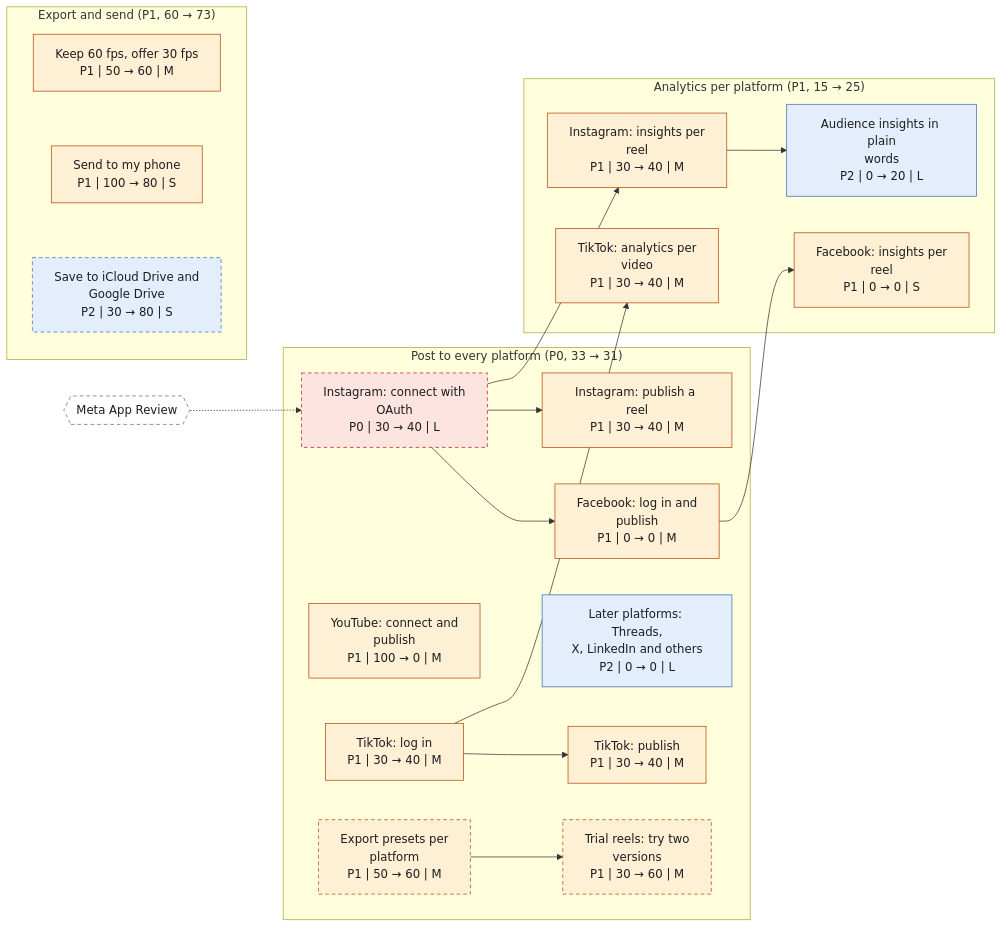
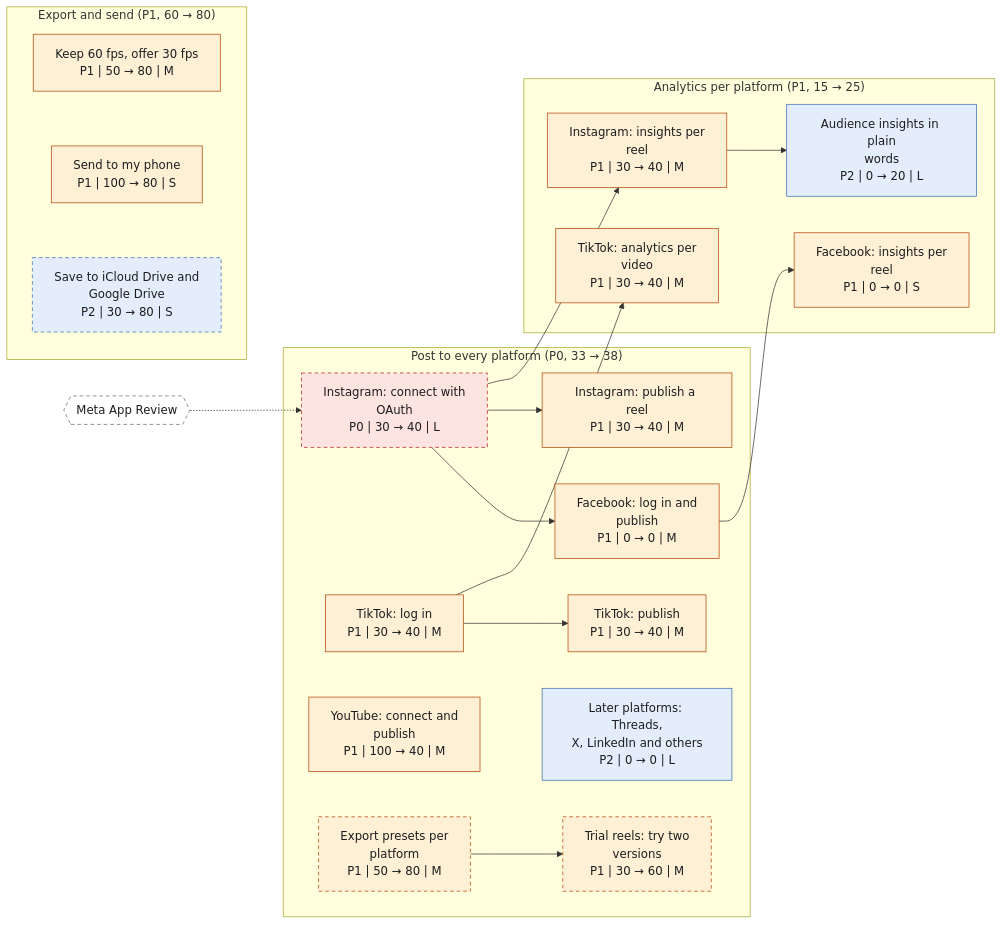
Before and after one commit to SamGu-NRX/reel-studio-app: the second of 8 diagrams in roadmap-graphs.md, drawn with Mermaid. The commit also changed other lines of this file and 6 other files, not shown here.

First line of the commit message:
docs: roadmap snapshot 2026-11-05, after the second overnight run

````diff
--- a/roadmap-graphs.md
+++ b/roadmap-graphs.md
@@ -90,50 +90,50 @@
 ```mermaid
 flowchart LR
-    subgraph n_multi_platform_g["Post to every platform (P0, 33 → 31)"]
+    subgraph n_multi_platform_g["Post to every platform (P0, 33 → 38)"]
         n_instagram_posting["Instagram: connect with<br/>OAuth<br/>P0 | 30 → 40 | L"]
         n_fb_publish["Facebook: log in and<br/>publish<br/>P1 | 0 → 0 | M"]
-        n_yt_publish["YouTube: connect and<br/>publish<br/>P1 | 100 → 0 | M"]
         n_ig_publish["Instagram: publish a reel<br/>P1 | 30 → 40 | M"]
         n_tt_login["TikTok: log in<br/>P1 | 30 → 40 | M"]
         n_tt_publish["TikTok: publish<br/>P1 | 30 → 40 | M"]
+        n_yt_publish["YouTube: connect and<br/>publish<br/>P1 | 100 → 40 | M"]
         n_trial_reels["Trial reels: try two<br/>versions<br/>P1 | 30 → 60 | M"]
-        n_pub_export_presets["Export presets per<br/>platform<br/>P1 | 50 → 60 | M"]
+        n_pub_export_presets["Export presets per<br/>platform<br/>P1 | 50 → 80 | M"]
         n_pub_later["Later platforms: Threads,<br/>X, LinkedIn and others<br/>P2 | 0 → 0 | L"]
     end
     subgraph n_analytics_g["Analytics per platform (P1, 15 → 25)"]
         n_fb_insights["Facebook: insights per<br/>reel<br/>P1 | 0 → 0 | S"]
         n_ig_insights["Instagram: insights per<br/>reel<br/>P1 | 30 → 40 | M"]
         n_tt_analytics["TikTok: analytics per<br/>video<br/>P1 | 30 → 40 | M"]
         n_audience_readout["Audience insights in plain<br/>words<br/>P2 | 0 → 20 | L"]
     end
-    subgraph n_ep_export_g["Export and send (P1, 60 → 73)"]
-        n_smooth_60fps["Keep 60 fps, offer 30 fps<br/>P1 | 50 → 60 | M"]
+    subgraph n_ep_export_g["Export and send (P1, 60 → 80)"]
+        n_smooth_60fps["Keep 60 fps, offer 30 fps<br/>P1 | 50 → 80 | M"]
         n_send_to_phone["Send to my phone<br/>P1 | 100 → 80 | S"]
         n_cloud_drives["Save to iCloud Drive and<br/>Google Drive<br/>P2 | 30 → 80 | S"]
     end
     xb0{{"Meta App Review"}} -.-> n_instagram_posting
     n_instagram_posting --> n_fb_publish
     n_instagram_posting --> n_ig_publish
     n_tt_login --> n_tt_publish
     n_pub_export_presets --> n_trial_reels
     n_fb_publish --> n_fb_insights
     n_instagram_posting --> n_ig_insights
     n_tt_login --> n_tt_analytics
     n_ig_insights --> n_audience_readout
     n_yt_publish ~~~ n_pub_later
     n_smooth_60fps ~~~ n_send_to_phone ~~~ n_cloud_drives
     classDef p0 fill:#fde4e1,stroke:#b42318,color:#1d1d1f
     classDef p1 fill:#fdf0d5,stroke:#b54708,color:#1d1d1f
     classDef p2 fill:#e3edfb,stroke:#3b6fb6,color:#1d1d1f
     classDef p3 fill:#eeeeef,stroke:#8a8a8f,color:#1d1d1f
     classDef dropped fill:#ffffff,stroke:#b0b0b5,color:#8a8a8f
     classDef outside fill:#ffffff,stroke:#b0b0b5,color:#6b6b70,stroke-dasharray:2 2
     classDef blocker fill:#ffffff,stroke:#6b6b70,color:#1d1d1f,stroke-dasharray:5 4
     classDef waits stroke-dasharray:5 4
     classDef hardest stroke:#7a1010,stroke-width:4px
     class n_instagram_posting p0
     class n_instagram_posting,n_trial_reels,n_pub_export_presets,n_cloud_drives waits
-    class n_fb_publish,n_yt_publish,n_ig_publish,n_tt_login,n_tt_publish,n_trial_reels,n_pub_export_presets,n_fb_insights,n_ig_insights,n_tt_analytics,n_smooth_60fps,n_send_to_phone p1
+    class n_fb_publish,n_ig_publish,n_tt_login,n_tt_publish,n_yt_publish,n_trial_reels,n_pub_export_presets,n_fb_insights,n_ig_insights,n_tt_analytics,n_smooth_60fps,n_send_to_phone p1
     class n_pub_later,n_audience_readout,n_cloud_drives p2
     class xb0 blocker
 ```
````
